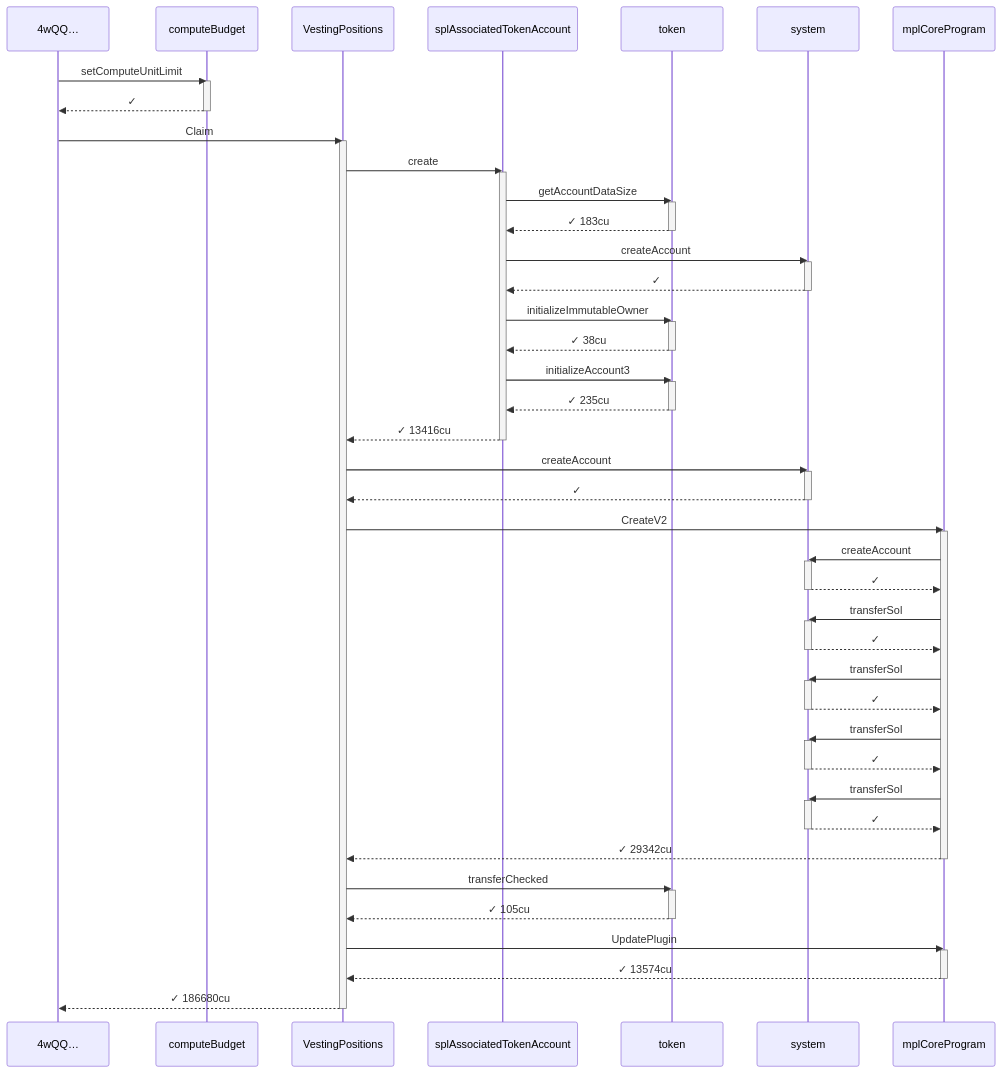
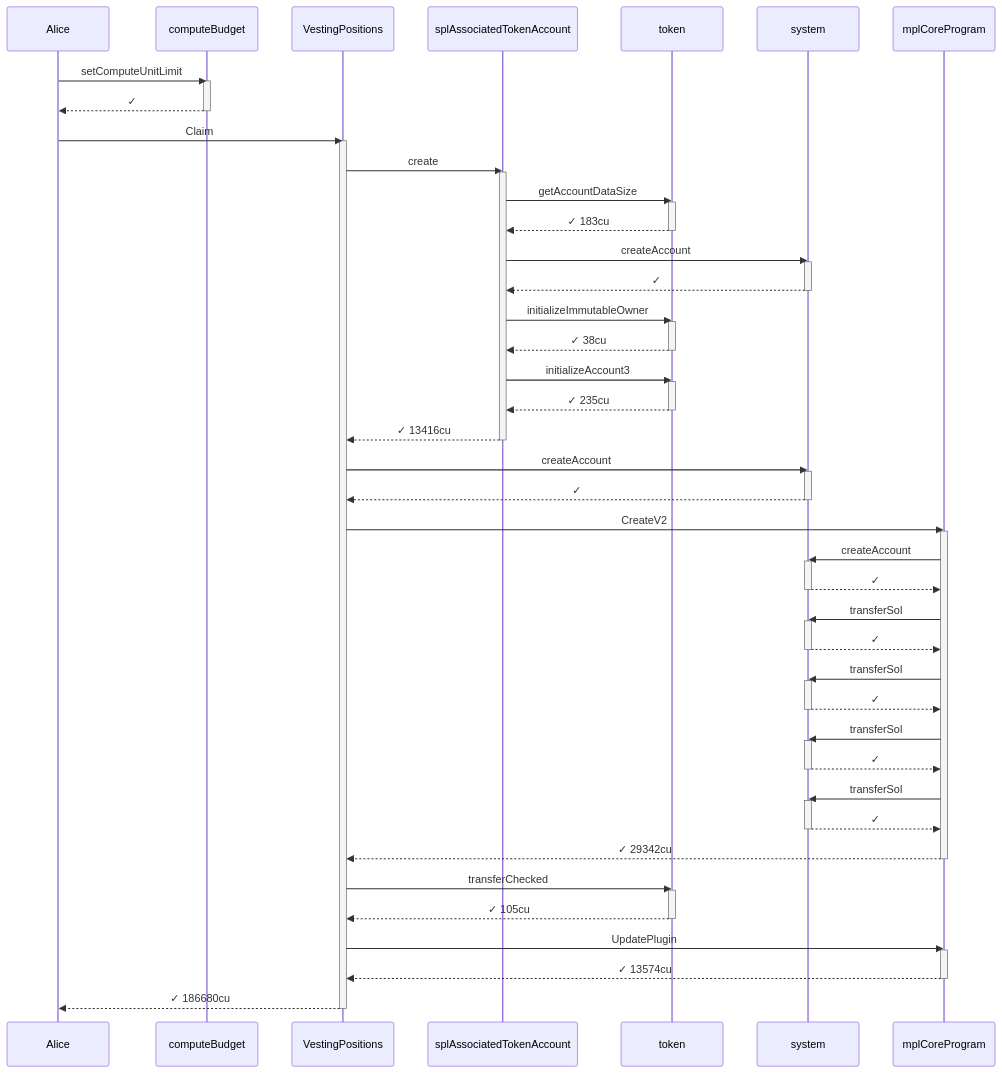
One commit to cds-turbin3/vesting-position changed the second of 2 diagrams in babelfish-tests/test-report/compute_units_profile.md. Above: the diagram before and after it, drawn with Mermaid. The commit also changed other lines of this file and 104 other files, not shown here.

````diff
--- a/babelfish-tests/test-report/compute_units_profile.md
+++ b/babelfish-tests/test-report/compute_units_profile.md
@@ -111,74 +111,74 @@
 ```mermaid
 sequenceDiagram
-    participant p0 as 4wQQ…
+    participant p0 as Alice
     participant p1 as computeBudget
     participant p2 as VestingPositions
     participant p3 as splAssociatedTokenAccount
     participant p4 as token
     participant p5 as system
     participant p6 as mplCoreProgram
     p0->>p1: setComputeUnitLimit
     activate p1
     p1-->>p0: ✓
     deactivate p1
     p0->>p2: Claim
     activate p2
     p2->>p3: create
     activate p3
     p3->>p4: getAccountDataSize
     activate p4
     p4-->>p3: ✓ 183cu
     deactivate p4
     p3->>p5: createAccount
     activate p5
     p5-->>p3: ✓
     deactivate p5
     p3->>p4: initializeImmutableOwner
     activate p4
     p4-->>p3: ✓ 38cu
     deactivate p4
     p3->>p4: initializeAccount3
     activate p4
     p4-->>p3: ✓ 235cu
     deactivate p4
     p3-->>p2: ✓ 13416cu
     deactivate p3
     p2->>p5: createAccount
     activate p5
     p5-->>p2: ✓
     deactivate p5
     p2->>p6: CreateV2
     activate p6
     p6->>p5: createAccount
     activate p5
     p5-->>p6: ✓
     deactivate p5
     p6->>p5: transferSol
     activate p5
     p5-->>p6: ✓
     deactivate p5
     p6->>p5: transferSol
     activate p5
     p5-->>p6: ✓
     deactivate p5
     p6->>p5: transferSol
     activate p5
     p5-->>p6: ✓
     deactivate p5
     p6->>p5: transferSol
     activate p5
     p5-->>p6: ✓
     deactivate p5
     p6-->>p2: ✓ 29342cu
     deactivate p6
     p2->>p4: transferChecked
     activate p4
     p4-->>p2: ✓ 105cu
     deactivate p4
     p2->>p6: UpdatePlugin
     activate p6
     p6-->>p2: ✓ 13574cu
     deactivate p6
     p2-->>p0: ✓ 186680cu
     deactivate p2
 ```
````
